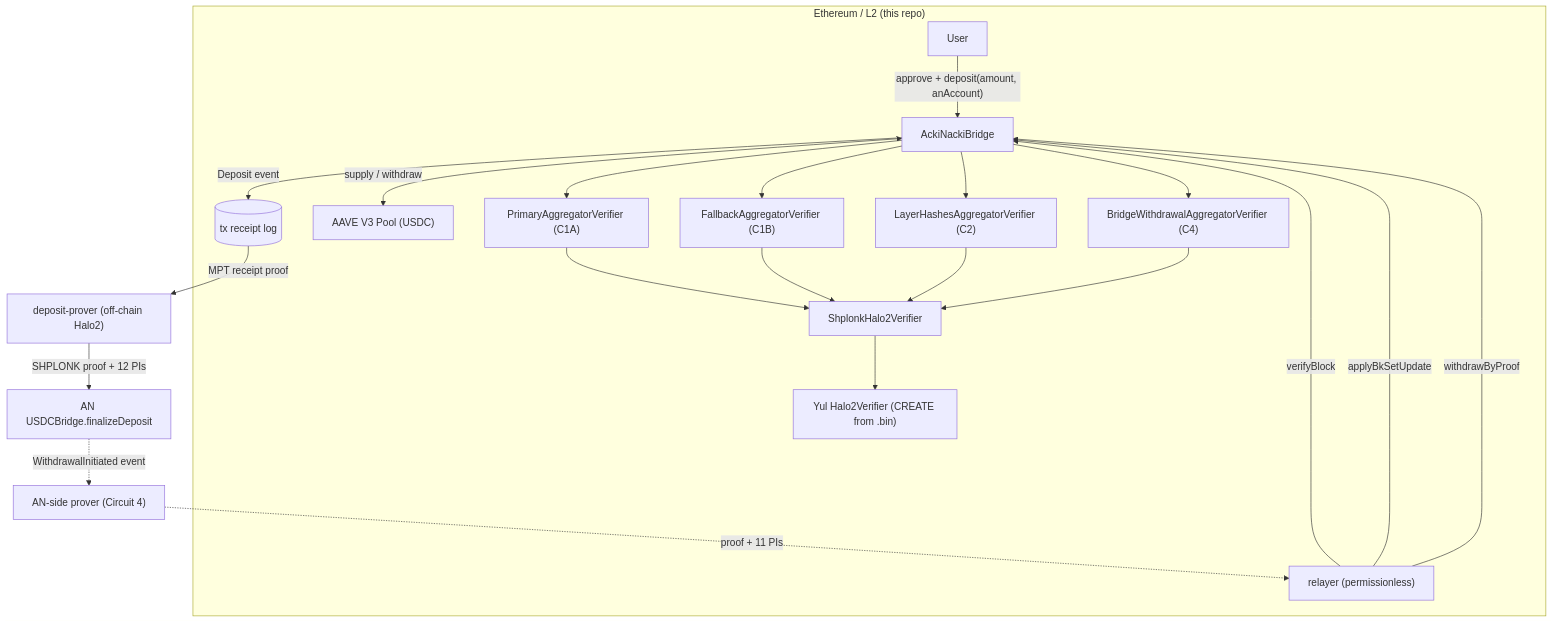
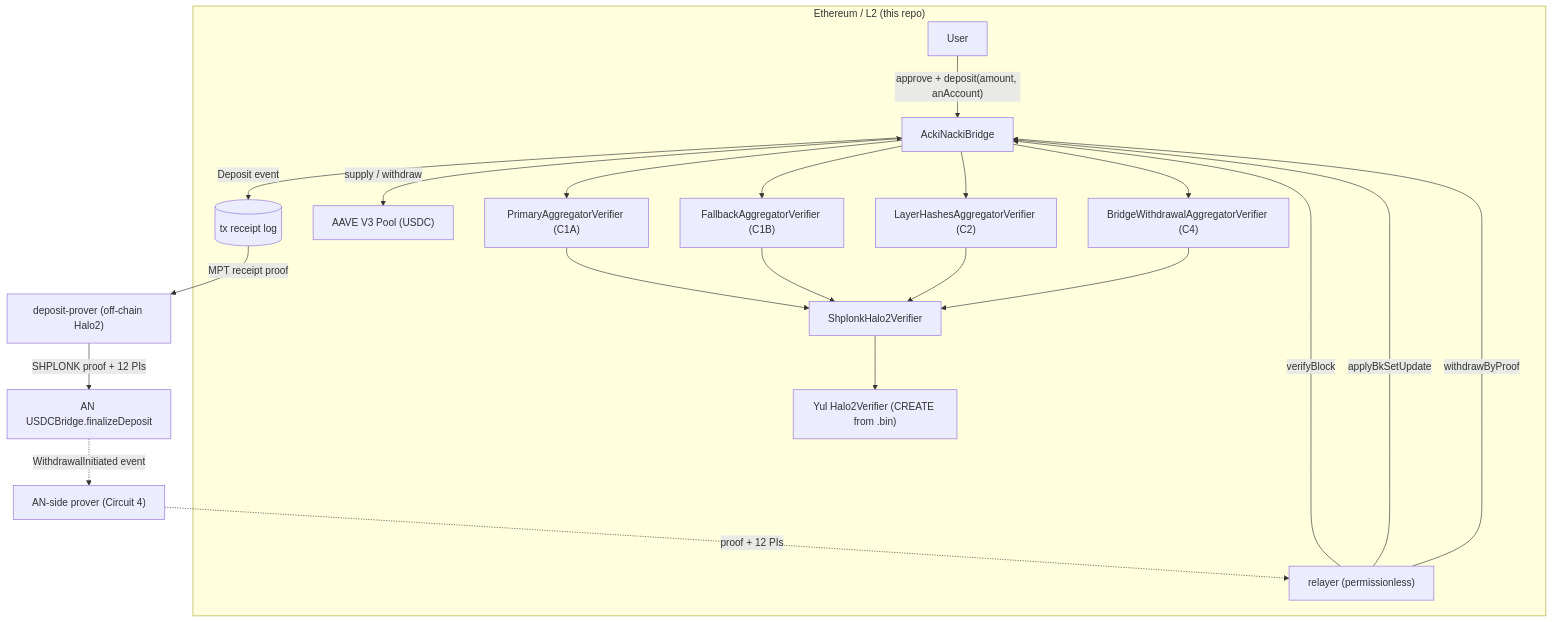
The diagram in docs/EVM-contracts-spec.md (gosh-sh/bridge), drawn with Mermaid before and after one commit. The commit also changed other lines of this file and 94 other files, not shown here.

````diff
--- a/docs/EVM-contracts-spec.md
+++ b/docs/EVM-contracts-spec.md
@@ -96,20 +104,20 @@
 ```mermaid
 flowchart TB
     subgraph ETH["Ethereum / L2 (this repo)"]
         U["User"] -->|"approve + deposit(amount, anAccount)"| B["AckiNackiBridge"]
         B -->|"Deposit event"| LOG[("tx receipt log")]
         B <-->|"supply / withdraw"| AAVE["AAVE V3 Pool (USDC)"]
         R["relayer (permissionless)"] -->|"verifyBlock"| B
         R -->|"applyBkSetUpdate"| B
         R -->|"withdrawByProof"| B
         B --> V1["PrimaryAggregatorVerifier (C1A)"]
         B --> V2["FallbackAggregatorVerifier (C1B)"]
         B --> V3["LayerHashesAggregatorVerifier (C2)"]
         B --> V4["BridgeWithdrawalAggregatorVerifier (C4)"]
         V1 & V2 & V3 & V4 --> W["ShplonkHalo2Verifier"] --> Y["Yul Halo2Verifier (CREATE from .bin)"]
     end
     LOG -->|"MPT receipt proof"| DP["deposit-prover (off-chain Halo2)"]
     DP -->|"SHPLONK proof + 12 PIs"| AN["AN USDCBridge.finalizeDeposit"]
     AN -.->|"WithdrawalInitiated event"| C4P["AN-side prover (Circuit 4)"]
-    C4P -.->|"proof + 11 PIs"| R
+    C4P -.->|"proof + 12 PIs"| R
 ```
````
